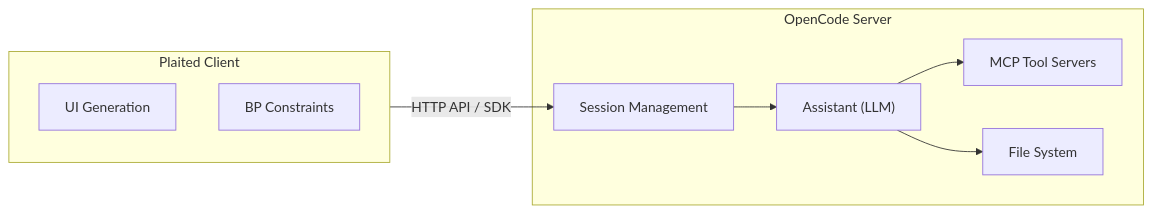
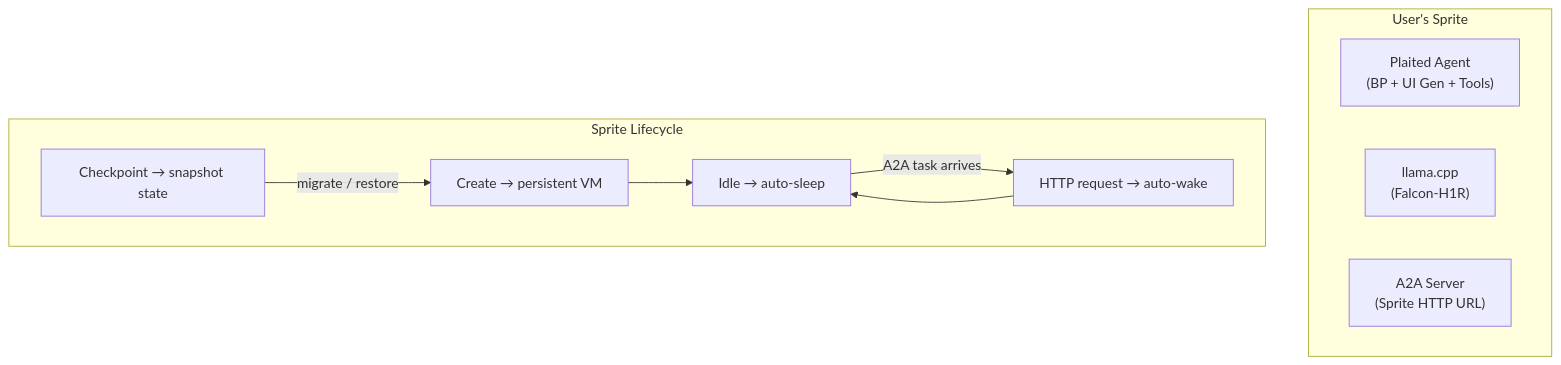
One commit to plaited/plaited changed the sixth of 12 diagrams in PLAITED-AGENT-PLAN.md. Above: the diagram before and after it, drawn with Mermaid. The commit also changed other lines of this file and 1 other file, not shown here.

First line of the commit message:
docs(agent): add OpenCode as sandbox coding runtime, update V8 plan

````diff
--- a/PLAITED-AGENT-PLAN.md
+++ b/PLAITED-AGENT-PLAN.md
@@ -286,19 +315,20 @@
 ```mermaid
-flowchart LR
-    subgraph PlaitedClient["Plaited Client"]
-        UIGen["UI Generation"]
-        BPLayer["BP Constraints"]
+flowchart TB
+    subgraph Sprite["User's Sprite"]
+        Agent["Plaited Agent<br/>(BP + UI Gen + Tools)"]
+        LlamaCpp["llama.cpp<br/>(Falcon-H1R)"]
+        A2AEndpoint["A2A Server<br/>(Sprite HTTP URL)"]
     end
 
-    subgraph OpenCodeServer["OpenCode Server"]
-        Sessions["Session Management"]
-        Assistants["Assistant (LLM)"]
-        MCPTools["MCP Tool Servers"]
-        FileSystem["File System"]
+    subgraph Lifecycle["Sprite Lifecycle"]
+        Create["Create → persistent VM"]
+        Sleep["Idle → auto-sleep"]
+        Wake["HTTP request → auto-wake"]
+        Checkpoint["Checkpoint → snapshot state"]
     end
 
-    PlaitedClient -->|"HTTP API / SDK"| Sessions
-    Sessions --> Assistants
-    Assistants --> MCPTools
-    Assistants --> FileSystem
+    Create --> Sleep
+    Sleep -->|"A2A task arrives"| Wake
+    Wake --> Sleep
+    Checkpoint -->|"migrate / restore"| Create
 ```
````
